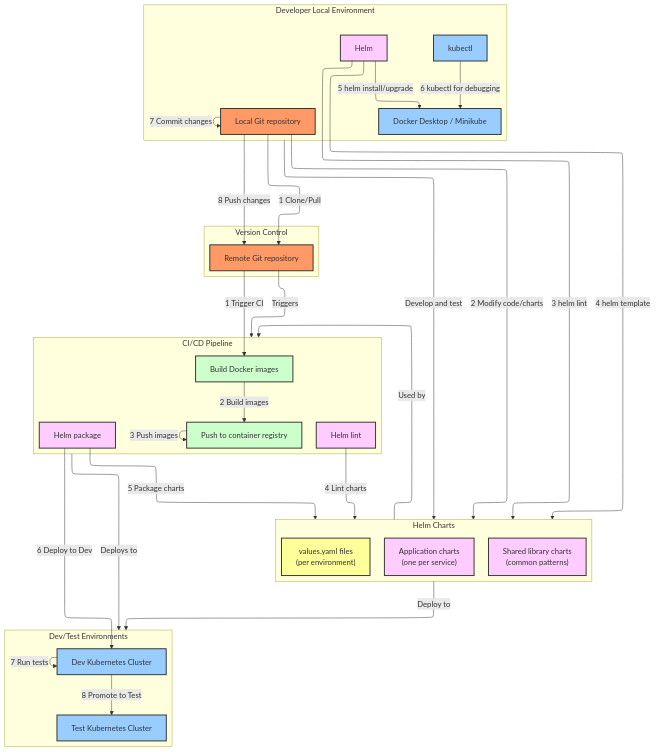
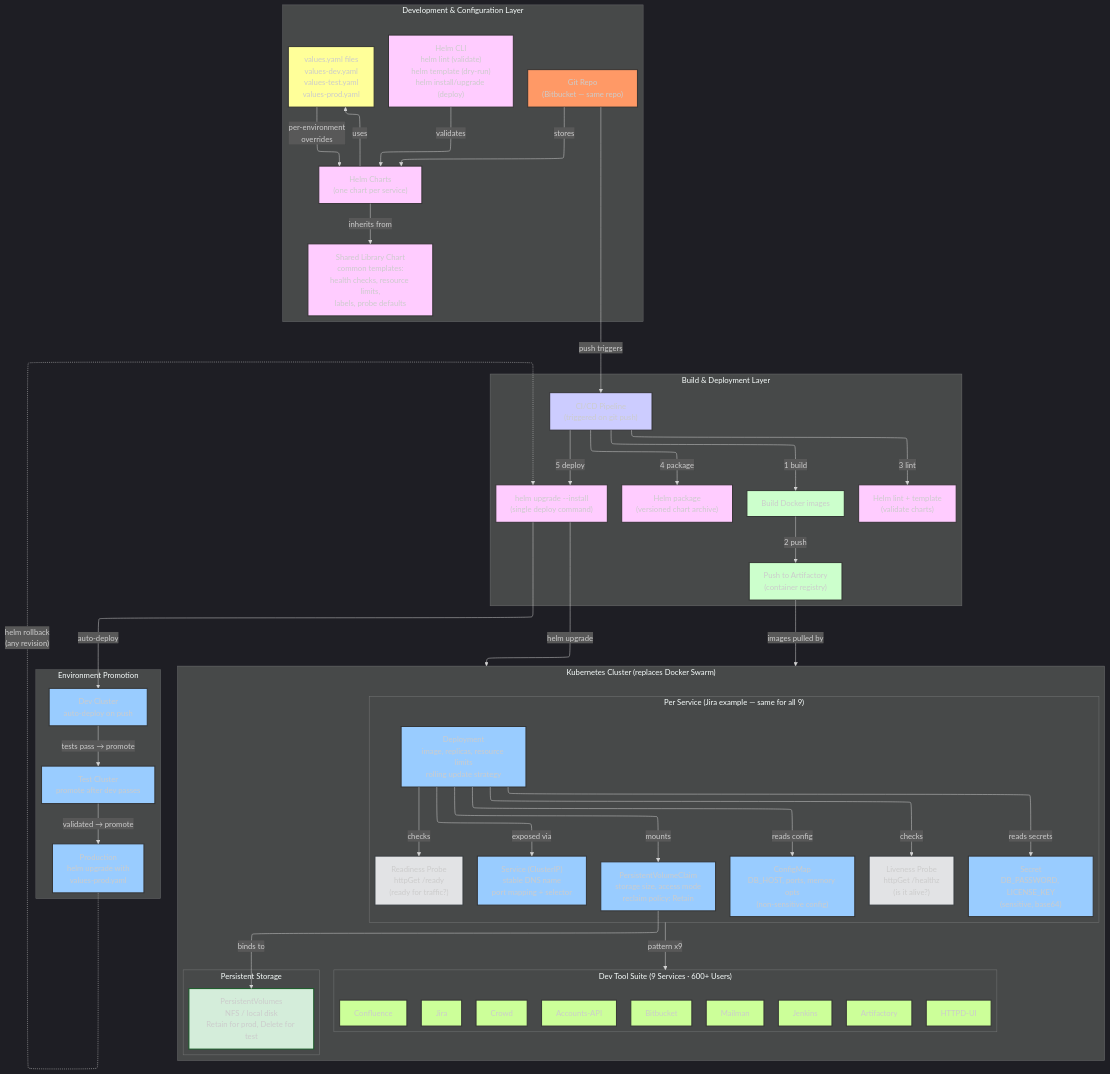
One commit to carlosmsanchezm/prep changed the second of 3 diagrams in architecture/ibm-migration-answers.md. Above: the diagram before and after it, drawn with Mermaid. The commit also changed other lines of this file, not shown here.

Commit message:
Rebuild AFTER state to mirror BEFORE state layer structure
Same 4 layers, clean vs messy comparison:
1. Dev & Config: Helm charts + shared library + values.yaml (replaces Gomplate)
2. Build & Deploy: CI/CD pipeline with 5 automated steps (replaces Makefiles + scripts)
3. K8s Runtime: Deployments, Services, ConfigMaps, Secrets, PVCs, probes (replaces Swarm)
   - Full per-service K8s architecture inside the cluster layer
   - Jira as example with pattern x9
4. Environment promotion: Dev → Test → Production with helm rollback

Layer-by-layer comparison tables (before vs after for each layer)
Key metrics summary table (release prep, rollback, drift, health, reliability)
Whiteboard drawing instructions matching the 4-layer structure

````diff
--- a/architecture/ibm-migration-answers.md
+++ b/architecture/ibm-migration-answers.md
@@ -174,67 +174,104 @@
 ---
 config:
   layout: elk
+  theme: dark
 ---
-flowchart TB
-    subgraph Developer_Local_Environment["Developer Local Environment"]
-        A1["Local Git repository"]:::git
-        A2["Docker Desktop / Minikube"]:::k8s
-        A3["Helm"]:::helm
-        A4["kubectl"]:::k8s
+flowchart TD
+    subgraph Dev_Config_Layer["Development & Configuration Layer"]
+        GIT_AFTER["Git Repo<br/>(Bitbucket — same repo)"]:::git
+        HELM_CHARTS["Helm Charts<br/>(one chart per service)"]:::helm
+        SHARED_LIB["Shared Library Chart<br/>common templates:<br/>health checks, resource limits,<br/>labels, probe defaults"]:::helm
+        VALUES["values.yaml files<br/>values-dev.yaml<br/>values-test.yaml<br/>values-prod.yaml"]:::values
+        HELM_CLI["Helm CLI<br/>helm lint (validate)<br/>helm template (dry-run)<br/>helm install/upgrade (deploy)"]:::helm
     end
 
-    subgraph Version_Control["Version Control"]
-        B1["Remote Git repository"]:::git
+    subgraph Build_Deploy_Layer["Build & Deployment Layer"]
+        CI_PIPELINE["CI/CD Pipeline<br/>(triggered on git push)"]:::cicd
+        BUILD_IMG["Build Docker images"]:::docker
+        PUSH_REG["Push to Artifactory<br/>(container registry)"]:::docker
+        HELM_LINT["Helm lint + template<br/>(validate charts)"]:::helm
+        HELM_PKG["Helm package<br/>(versioned chart archive)"]:::helm
+        HELM_DEPLOY["helm upgrade --install<br/>(single deploy command)"]:::helm
     end
 
-    subgraph CI_CD_Pipeline["CI/CD Pipeline"]
-        C1["Build Docker images"]:::docker
-        C2["Push to container registry"]:::docker
-        C3["Helm lint"]:::helm
-        C4["Helm package"]:::helm
+    subgraph K8s_Runtime["Kubernetes Cluster (replaces Docker Swarm)"]
+        subgraph Per_Service["Per Service (Jira example — same for all 9)"]
+            DEPLOYMENT["Deployment<br/>image, replicas, resource limits<br/>rolling update strategy"]:::k8s
+            SERVICE["Service (ClusterIP)<br/>stable DNS name<br/>port mapping + selector"]:::k8s
+            CONFIGMAP["ConfigMap<br/>DB_HOST, ports, memory opts<br/>(non-sensitive config)"]:::k8s
+            SECRET["Secret<br/>DB_PASSWORD, LICENSE_KEY<br/>(sensitive, base64)"]:::k8s
+            PVC["PersistentVolumeClaim<br/>storage size, access mode<br/>reclaim policy: Retain"]:::k8s
+            LIVENESS["Liveness Probe<br/>httpGet /healthz<br/>(is it alive?)"]:::probe
+            READINESS["Readiness Probe<br/>httpGet /ready<br/>(ready for traffic?)"]:::probe
+        end
+
+        subgraph All_Services["Dev Tool Suite (9 Services · 600+ Users)"]
+            JIRA_A["Jira"]:::service
+            BB_A["Bitbucket"]:::service
+            CONF_A["Confluence"]:::service
+            JENK_A["Jenkins"]:::service
+            ART_A["Artifactory"]:::service
+            CROWD_A["Crowd"]:::service
+            ACCT_A["Accounts-API"]:::service
+            MAIL_A["Mailman"]:::service
+            HTTPD_A["HTTPD-UI"]:::service
+        end
+
+        subgraph Storage["Persistent Storage"]
+            PV["PersistentVolumes<br/>NFS / local disk<br/>Retain for prod, Delete for test"]:::storage
+        end
     end
 
-    subgraph Dev_Test_Environments["Dev/Test Environments"]
-        D1["Dev Kubernetes Cluster"]:::k8s
-        D2["Test Kubernetes Cluster"]:::k8s
+    subgraph Environments["Environment Promotion"]
+        DEV_CLUSTER["Dev Cluster<br/>auto-deploy on push"]:::k8s
+        TEST_CLUSTER["Test Cluster<br/>promote after dev passes"]:::k8s
+        PROD_CLUSTER["Production<br/>helm upgrade with<br/>values-prod.yaml"]:::k8s
     end
 
-    subgraph Helm_Charts["Helm Charts"]
-        E1["Application charts<br/>(one per service)"]:::helm
-        E2["Shared library charts<br/>(common patterns)"]:::helm
-        E3["values.yaml files<br/>(per environment)"]:::values
-    end
+    %% Dev & Config layer relationships
+    GIT_AFTER -- "stores" --> HELM_CHARTS
+    HELM_CHARTS -- "inherits from" --> SHARED_LIB
+    HELM_CHARTS -- "uses" --> VALUES
+    HELM_CLI -- "validates" --> HELM_CHARTS
+    VALUES -- "per-environment<br/>overrides" --> HELM_CHARTS
 
-    %% Developer workflow (numbered steps)
-    A1 -- "1 Clone/Pull" --> B1
-    A1 -- "2 Modify code/charts" --> Helm_Charts
-    A3 -- "3 helm lint" --> Helm_Charts
-    A3 -- "4 helm template" --> Helm_Charts
-    A3 -- "5 helm install/upgrade" --> A2
-    A4 -- "6 kubectl for debugging" --> A2
-    A1 -- "7 Commit changes" --> A1
-    A1 -- "8 Push changes" --> B1
+    %% Build & Deploy layer relationships
+    GIT_AFTER -- "push triggers" --> CI_PIPELINE
+    CI_PIPELINE -- "1 build" --> BUILD_IMG
+    BUILD_IMG -- "2 push" --> PUSH_REG
+    CI_PIPELINE -- "3 lint" --> HELM_LINT
+    CI_PIPELINE -- "4 package" --> HELM_PKG
+    CI_PIPELINE -- "5 deploy" --> HELM_DEPLOY
 
-    %% CI/CD workflow (numbered steps)
-    B1 -- "1 Trigger CI" --> C1
-    C1 -- "2 Build images" --> C2
-    C2 -- "3 Push images" --> C2
-    C3 -- "4 Lint charts" --> Helm_Charts
-    C4 -- "5 Package charts" --> Helm_Charts
-    C4 -- "6 Deploy to Dev" --> D1
-    D1 -- "7 Run tests" --> D1
-    D1 -- "8 Promote to Test" --> D2
+    %% Deployment to cluster
+    HELM_DEPLOY -- "helm upgrade" --> K8s_Runtime
+    PUSH_REG -- "images pulled by" --> K8s_Runtime
 
-    %% High-level relationships
-    Developer_Local_Environment -- "Develop and test" --> Helm_Charts
-    Helm_Charts -- "Used by" --> CI_CD_Pipeline
-    Helm_Charts -- "Deploy to" --> Dev_Test_Environments
-    B1 -- "Triggers" --> CI_CD_Pipeline
-    CI_CD_Pipeline -- "Deploys to" --> Dev_Test_Environments
+    %% K8s internal relationships
+    DEPLOYMENT -- "exposed via" --> SERVICE
+    DEPLOYMENT -- "reads config" --> CONFIGMAP
+    DEPLOYMENT -- "reads secrets" --> SECRET
+    DEPLOYMENT -- "mounts" --> PVC
+    DEPLOYMENT -- "checks" --> LIVENESS
+    DEPLOYMENT -- "checks" --> READINESS
+    PVC -- "binds to" --> PV
+    Per_Service -- "pattern x9" --> All_Services
+
+    %% Environment promotion
+    HELM_DEPLOY -- "auto-deploy" --> DEV_CLUSTER
+    DEV_CLUSTER -- "tests pass → promote" --> TEST_CLUSTER
+    TEST_CLUSTER -- "validated → promote" --> PROD_CLUSTER
+
+    %% Rollback (key improvement)
+    PROD_CLUSTER -. "helm rollback<br/>(any revision)" .-> HELM_DEPLOY
 
     classDef git fill:#f96,stroke:#333,stroke-width:2px
+    classDef helm fill:#fcf,stroke:#333,stroke-width:2px
+    classDef values fill:#ff9,stroke:#333,stroke-width:2px
+    classDef cicd fill:#ccccff,stroke:#333,stroke-width:2px
+    classDef docker fill:#cfc,stroke:#333,stroke-width:2px
     classDef k8s fill:#9cf,stroke:#333,stroke-width:2px
-    classDef helm fill:#fcf,stroke:#333,stroke-width:2px
-    classDef docker fill:#cfc,stroke:#333,stroke-width:2px
-    classDef values fill:#ff9,stroke:#333,stroke-width:2px
+    classDef probe fill:#e2e3e5,stroke:#383d41,stroke-width:2px
+    classDef service fill:#ccff99,stroke:#333,stroke-width:2px
+    classDef storage fill:#d4edda,stroke:#155724,stroke-width:2px
 ```
````
